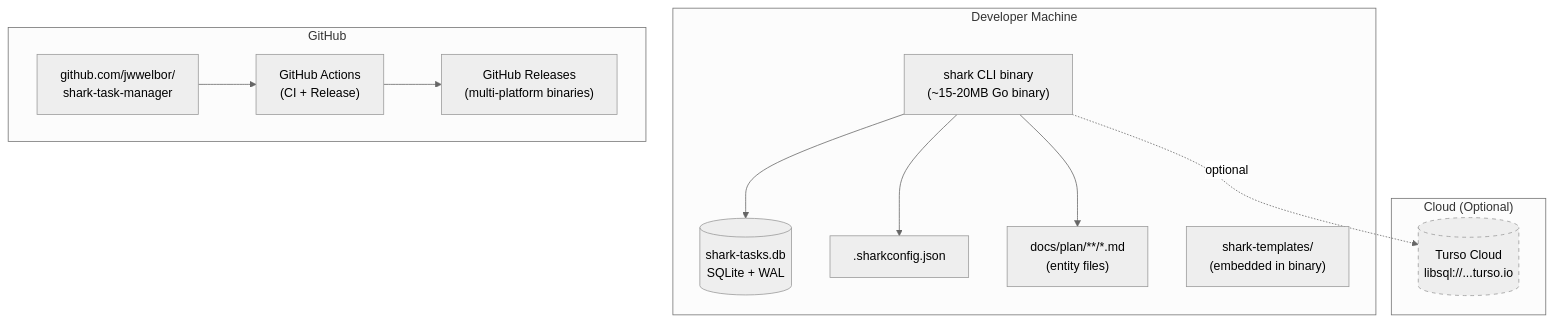
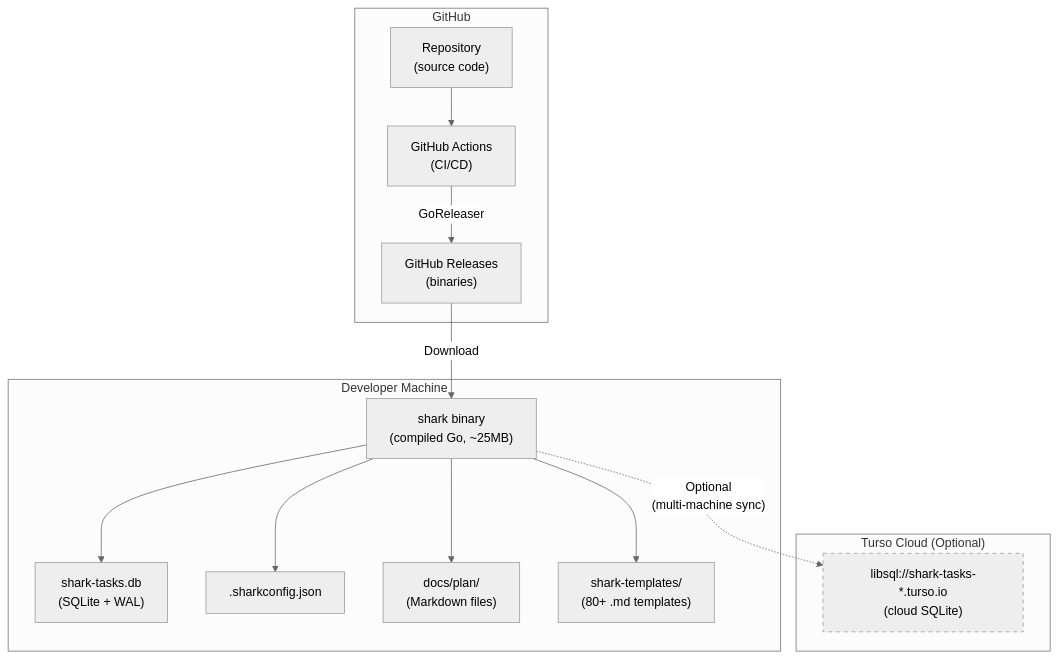
Before and after one commit to jwwelbor/shark-task-manager: the first of 2 diagrams in brownfield-docs/diagrams/architecture/deployment-diagram.md, drawn with Mermaid (neutral theme). The commit also changed other lines of this file and 47 other files, not shown here.

````diff
--- a/brownfield-docs/diagrams/architecture/deployment-diagram.md
+++ b/brownfield-docs/diagrams/architecture/deployment-diagram.md
@@ -9,29 +9,32 @@
 ```mermaid
 graph TB
-    subgraph "Developer Machine"
-        SHARK["shark CLI binary<br/>(~15-20MB Go binary)"]
-        SQLITE[("shark-tasks.db<br/>SQLite + WAL")]
+    subgraph DevMachine["Developer Machine"]
+        SHARK["shark binary<br/>(compiled Go, ~25MB)"]
+        SQLDB["shark-tasks.db<br/>(SQLite + WAL)"]
         CONFIG[".sharkconfig.json"]
-        DOCS["docs/plan/**/*.md<br/>(entity files)"]
-        TEMPLATES["shark-templates/<br/>(embedded in binary)"]
+        DOCS["docs/plan/<br/>(Markdown files)"]
+        TEMPLATES["shark-templates/<br/>(80+ .md templates)"]
     end
 
-    subgraph "Cloud (Optional)"
-        TURSO[("Turso Cloud<br/>libsql://...turso.io")]
+    subgraph GitHub["GitHub"]
+        REPO["Repository<br/>(source code)"]
+        ACTIONS["GitHub Actions<br/>(CI/CD)"]
+        RELEASES["GitHub Releases<br/>(binaries)"]
     end
 
-    subgraph "GitHub"
-        REPO["github.com/jwwelbor/<br/>shark-task-manager"]
-        ACTIONS["GitHub Actions<br/>(CI + Release)"]
-        RELEASES["GitHub Releases<br/>(multi-platform binaries)"]
+    subgraph TursoCloud["Turso Cloud (Optional)"]
+        TURSO["libsql://shark-tasks-*.turso.io<br/>(cloud SQLite)"]
     end
 
-    SHARK --> SQLITE
+    SHARK --> SQLDB
     SHARK --> CONFIG
     SHARK --> DOCS
-    SHARK -.->|optional| TURSO
+    SHARK --> TEMPLATES
+    SHARK -.->|"Optional<br/>(multi-machine sync)"| TURSO
+
     REPO --> ACTIONS
-    ACTIONS --> RELEASES
+    ACTIONS -->|"GoReleaser"| RELEASES
+    RELEASES -->|"Download"| SHARK
 
     style TURSO stroke-dasharray: 5 5
 ```
````
